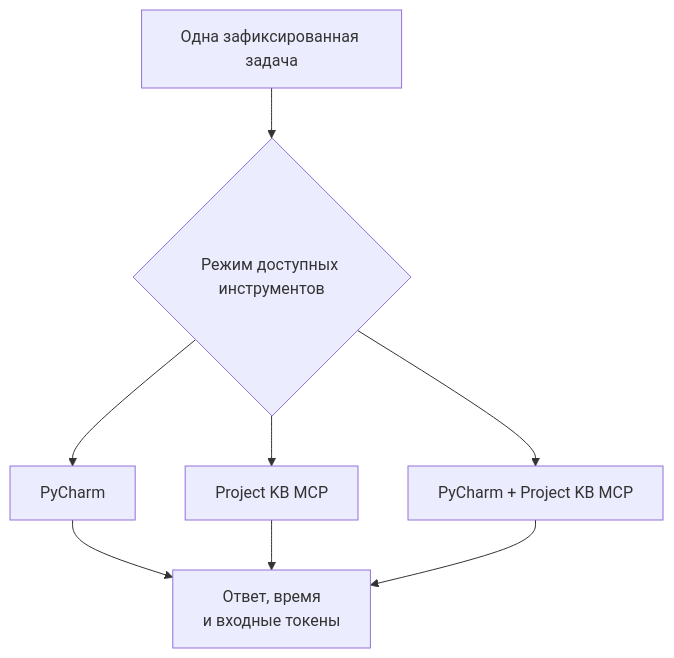
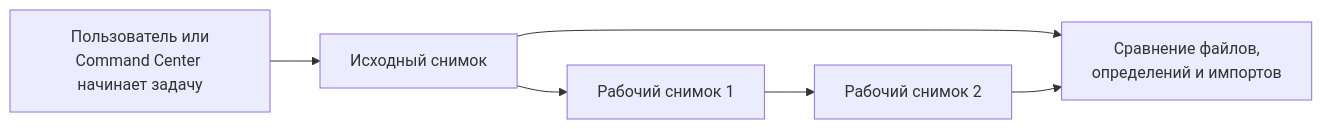
One commit to Vkuvalin/project-kb changed the fifth of 5 diagrams in PRESENTATION.md. Above: the diagram before and after it, drawn with Mermaid. The commit also changed other lines of this file and 16 other files, not shown here.

````diff
--- a/PRESENTATION.md
+++ b/PRESENTATION.md
@@ -188,10 +326,8 @@
 ```mermaid
-flowchart TB
-    Task["Одна зафиксированная задача"] --> Modes{"Режим доступных инструментов"}
-    Modes --> IDE["PyCharm"]
-    Modes --> PKB["Project KB MCP"]
-    Modes --> Both["PyCharm + Project KB MCP"]
-    IDE --> Metrics["Ответ, время<br/>и входные токены"]
-    PKB --> Metrics
-    Both --> Metrics
+flowchart LR
+    Start["Пользователь или<br/>Command Center начинает задачу"] --> Base["Исходный снимок"]
+    Base --> W1["Рабочий снимок 1"]
+    W1 --> W2["Рабочий снимок 2"]
+    Base --> Diff["Сравнение файлов,<br/>определений и импортов"]
+    W2 --> Diff
 ```
````
